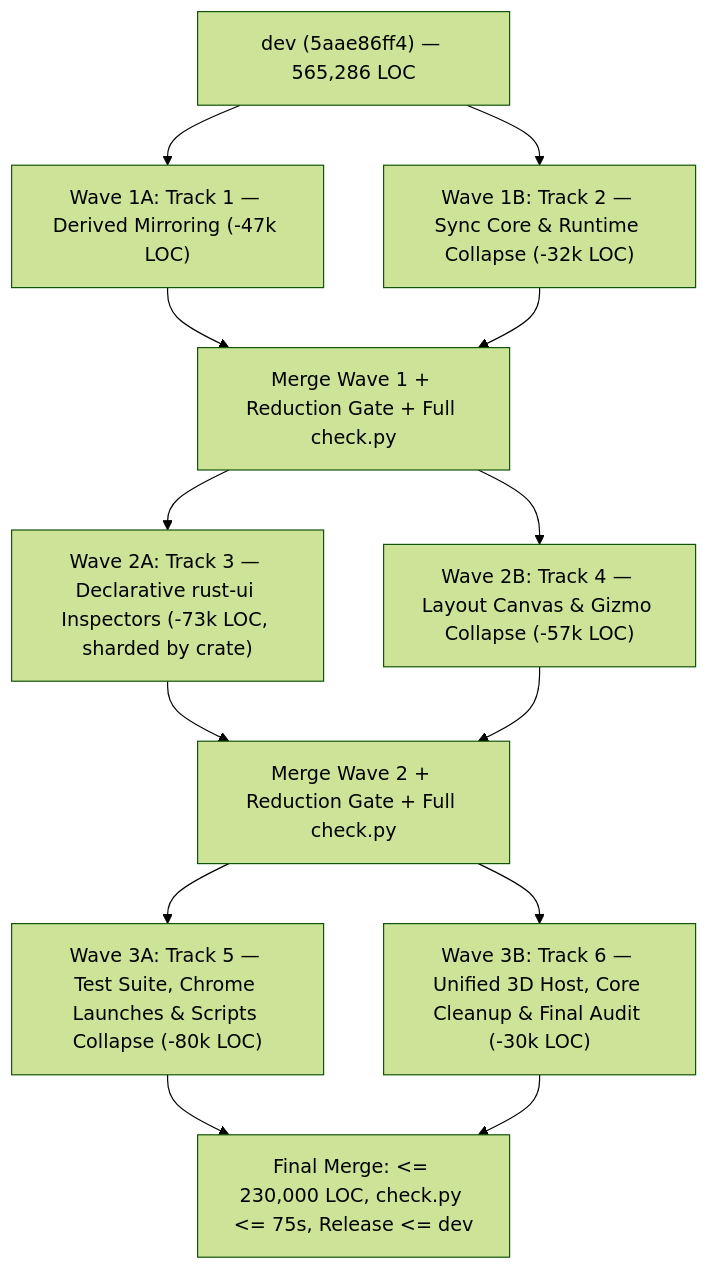
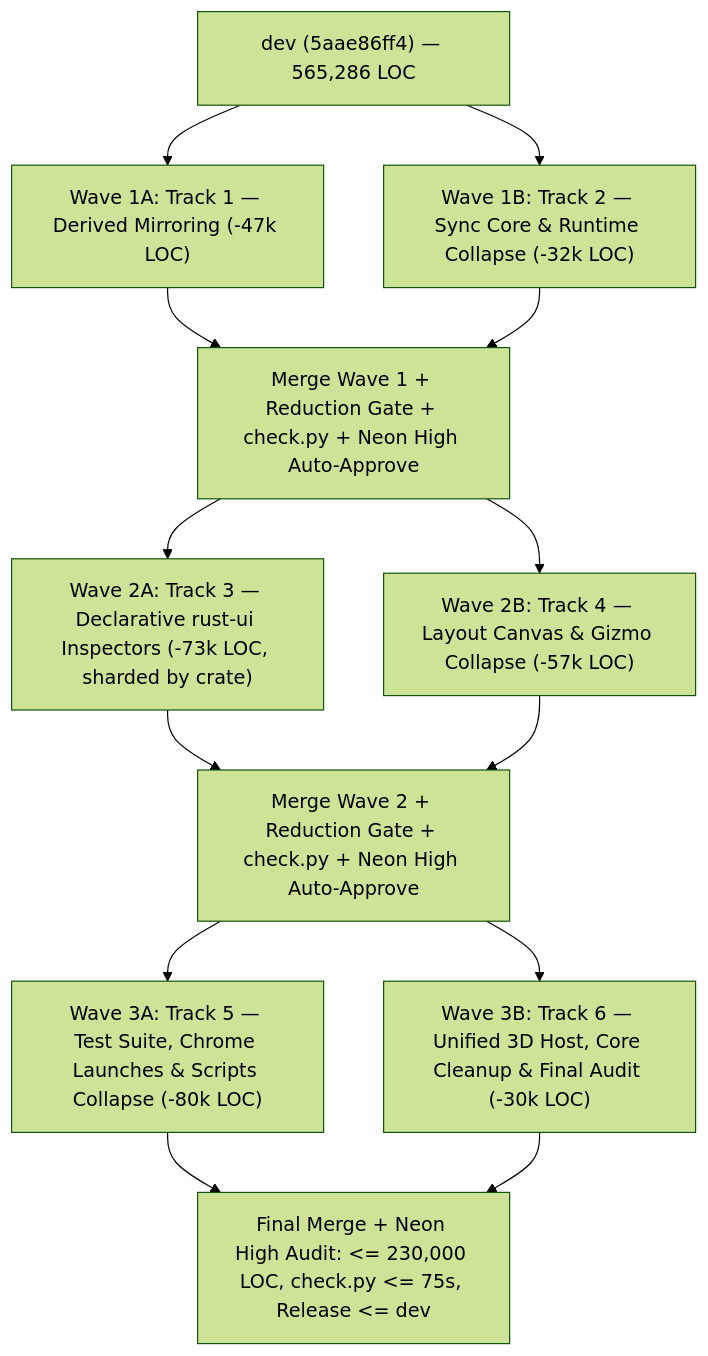
The diagram in docs/plans/clean-slate-reduction/README.md (runinit/boardstudio), drawn with Mermaid (forest theme) before and after one commit. The commit also changed other lines of this file and 1 other file, not shown here.

Commit message:
docs(plans): add Neon High wave-end auto-approve gate and unattended soft-delete rule

````diff
--- a/docs/plans/clean-slate-reduction/README.md
+++ b/docs/plans/clean-slate-reduction/README.md
@@ -74,15 +75,15 @@
 ```mermaid
 flowchart TD
     DEV["dev (5aae86ff4) — 565,286 LOC"] --> T1["Wave 1A: Track 1 — Derived Mirroring (-47k LOC)"]
     DEV --> T2["Wave 1B: Track 2 — Sync Core & Runtime Collapse (-32k LOC)"]
-    T1 --> M1["Merge Wave 1 + Reduction Gate + Full check.py"]
+    T1 --> M1["Merge Wave 1 + Reduction Gate + check.py + Neon High Auto-Approve"]
     T2 --> M1
     M1 --> T3["Wave 2A: Track 3 — Declarative rust-ui Inspectors (-73k LOC, sharded by crate)"]
     M1 --> T4["Wave 2B: Track 4 — Layout Canvas & Gizmo Collapse (-57k LOC)"]
-    T3 --> M2["Merge Wave 2 + Reduction Gate + Full check.py"]
+    T3 --> M2["Merge Wave 2 + Reduction Gate + check.py + Neon High Auto-Approve"]
     T4 --> M2
     M2 --> T5["Wave 3A: Track 5 — Test Suite, Chrome Launches & Scripts Collapse (-80k LOC)"]
     M2 --> T6["Wave 3B: Track 6 — Unified 3D Host, Core Cleanup & Final Audit (-30k LOC)"]
-    T5 --> FINAL["Final Merge: <= 230,000 LOC, check.py <= 75s, Release <= dev"]
+    T5 --> FINAL["Final Merge + Neon High Audit: <= 230,000 LOC, check.py <= 75s, Release <= dev"]
     T6 --> FINAL
 ```
````
